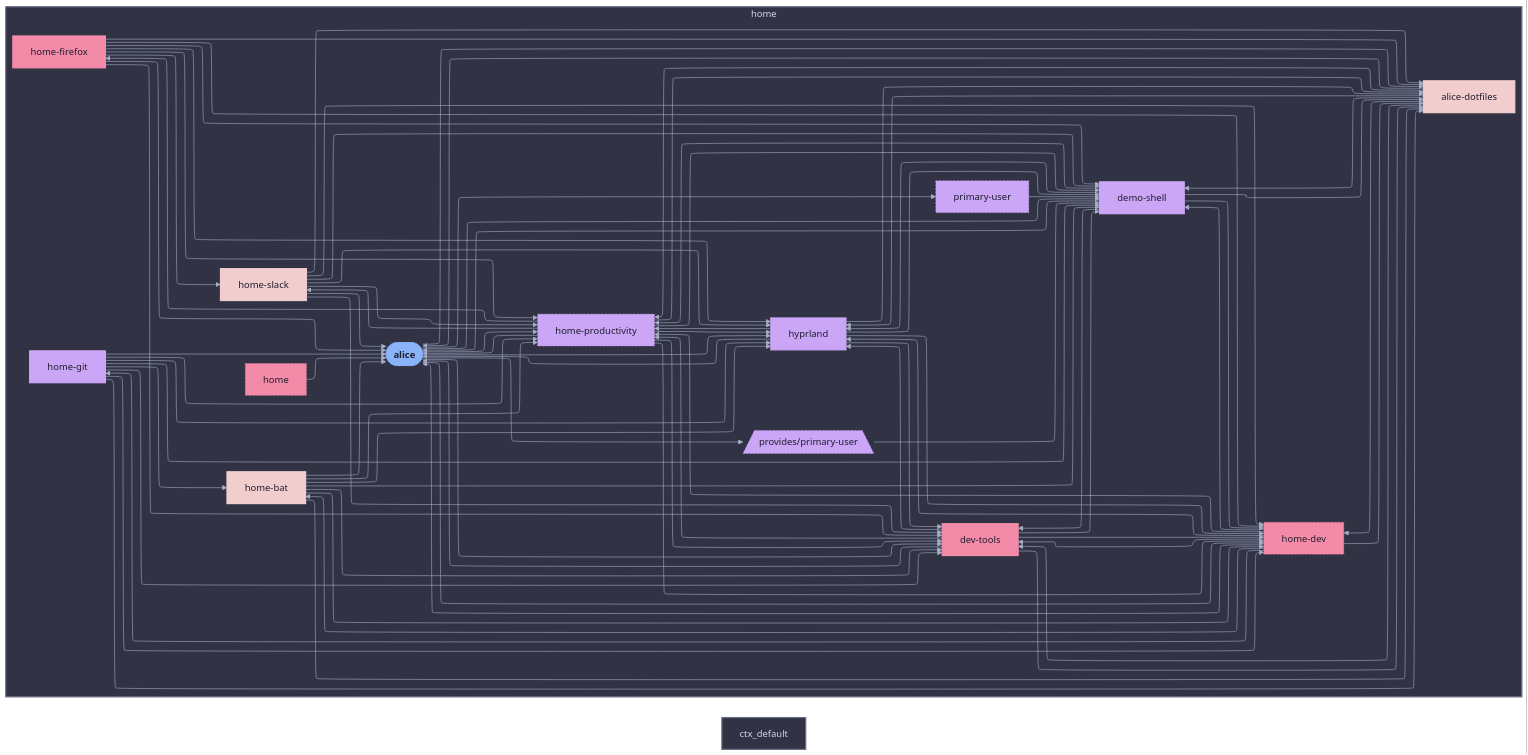
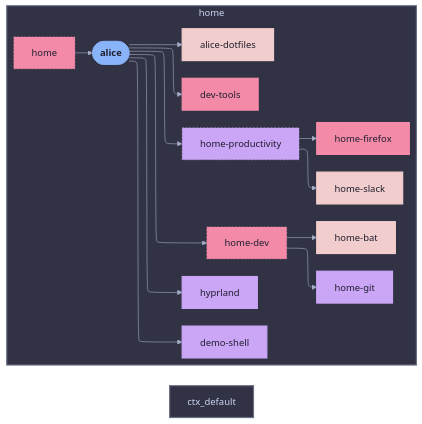
One commit to sini/den changed the diagram in templates/diag-fx-demo/diagrams/home-alice-at-laptop-class-hm.md. Above: the diagram before and after it, drawn with Mermaid. The commit also changed 849 other files, not shown here.

Commit message:
chore: update fx diagrams

````diff
--- a/templates/diag-fx-demo/diagrams/home-alice-at-laptop-class-hm.md
+++ b/templates/diag-fx-demo/diagrams/home-alice-at-laptop-class-hm.md
@@ -19,89 +19,17 @@
   home_productivity["home-productivity"]:::home_productivity_c
   home_slack["home-slack"]:::home_slack_c
   hyprland["hyprland"]:::hyprland_c
-  primary_user["primary-user"]:::primary_user_c
-  den__provides__primary_user[/"provides/primary-user"\]:::den__provides__primary_user_c
   alice --> alice_dotfiles
   alice --> demo_shell
   alice --> dev_tools
   alice --> home_dev
   alice --> home_productivity
   alice --> hyprland
-  alice --> primary_user
-  alice --> den__provides__primary_user
-  alice_dotfiles --> alice
-  alice_dotfiles --> demo_shell
-  alice_dotfiles --> dev_tools
-  alice_dotfiles --> home_dev
-  alice_dotfiles --> home_productivity
-  alice_dotfiles --> hyprland
-  demo_shell --> alice
-  demo_shell --> alice_dotfiles
-  demo_shell --> dev_tools
-  demo_shell --> home_dev
-  demo_shell --> home_productivity
-  demo_shell --> hyprland
-  den__provides__primary_user --> demo_shell
-  dev_tools --> alice
-  dev_tools --> alice_dotfiles
-  dev_tools --> demo_shell
-  dev_tools --> home_dev
-  dev_tools --> home_productivity
-  dev_tools --> hyprland
   home --> alice
-  home_bat --> home_dev
-  home_bat --> alice
-  home_bat --> alice_dotfiles
-  home_bat --> demo_shell
-  home_bat --> dev_tools
-  home_bat --> home_productivity
-  home_bat --> hyprland
   home_dev --> home_bat
   home_dev --> home_git
-  home_dev --> alice
-  home_dev --> alice_dotfiles
-  home_dev --> demo_shell
-  home_dev --> dev_tools
-  home_dev --> home_productivity
-  home_dev --> hyprland
-  home_firefox --> home_slack
-  home_firefox --> alice
-  home_firefox --> alice_dotfiles
-  home_firefox --> demo_shell
-  home_firefox --> dev_tools
-  home_firefox --> home_dev
-  home_firefox --> home_productivity
-  home_firefox --> hyprland
-  home_git --> home_bat
-  home_git --> alice
-  home_git --> alice_dotfiles
-  home_git --> demo_shell
-  home_git --> dev_tools
-  home_git --> home_dev
-  home_git --> home_productivity
-  home_git --> hyprland
   home_productivity --> home_firefox
   home_productivity --> home_slack
-  home_productivity --> alice
-  home_productivity --> alice_dotfiles
-  home_productivity --> demo_shell
-  home_productivity --> dev_tools
-  home_productivity --> home_dev
-  home_productivity --> hyprland
-  home_slack --> home_productivity
-  home_slack --> alice
-  home_slack --> alice_dotfiles
-  home_slack --> demo_shell
-  home_slack --> dev_tools
-  home_slack --> home_dev
-  home_slack --> hyprland
-  hyprland --> alice
-  hyprland --> alice_dotfiles
-  hyprland --> demo_shell
-  hyprland --> dev_tools
-  hyprland --> home_dev
-  hyprland --> home_productivity
-  primary_user --> demo_shell
   end
 
 
@@ -118,8 +46,6 @@
   classDef home_productivity_c fill:#cba6f7,stroke:#cba6f7,color:#1e1e2e,stroke-dasharray: 3 3,stroke-width:1px
   classDef home_slack_c fill:#f2cdcd,stroke:#f2cdcd,color:#1e1e2e,stroke-width:2px
   classDef hyprland_c fill:#cba6f7,stroke:#cba6f7,color:#1e1e2e,stroke-width:2px
-  classDef primary_user_c fill:#cba6f7,stroke:#cba6f7,color:#1e1e2e,stroke-dasharray: 3 3,stroke-width:1px
-  classDef den__provides__primary_user_c fill:#cba6f7,stroke:#cba6f7,color:#1e1e2e,stroke-dasharray: 3 3,stroke-width:1px
 style ctx_home fill:#313244,stroke:#6c7086,stroke-width:2px
 style ctx_default fill:#313244,stroke:#6c7086,stroke-width:2px
 ```
````
